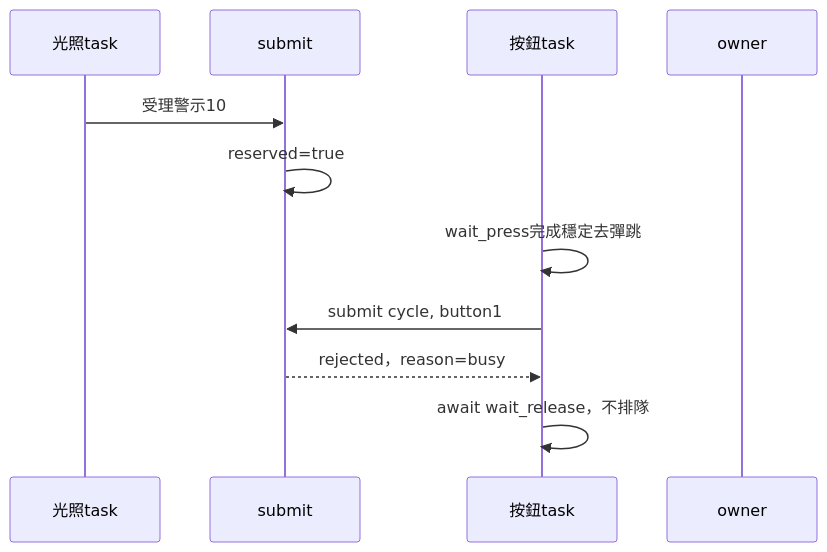
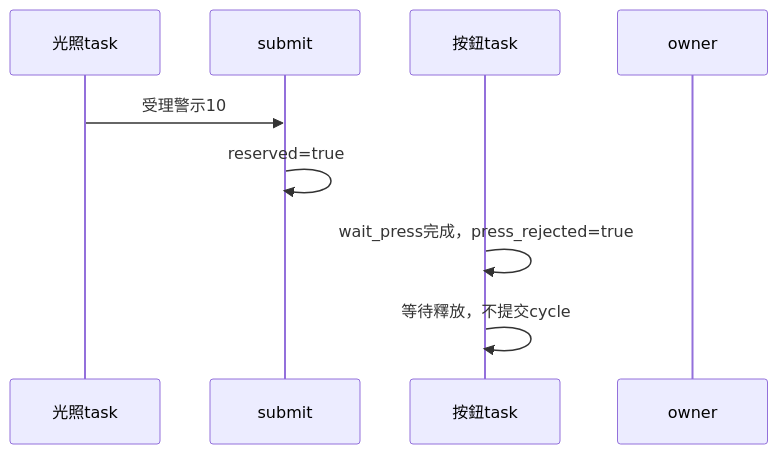
One commit to change918418-tech/IoT_Course changed the tenth of 21 diagrams in LED_SINGLE_OWNER_GUIDE.md. Above: the diagram before and after it, drawn with Mermaid. The commit also changed other lines of this file and 15 other files, not shown here.

````diff
--- a/LED_SINGLE_OWNER_GUIDE.md
+++ b/LED_SINGLE_OWNER_GUIDE.md
@@ -640,13 +642,11 @@
 ```mermaid
 sequenceDiagram
     participant Light as 光照task
     participant Entry as submit
     participant Button as 按鈕task
     participant Owner as owner
     Light->>Entry: 受理警示10
     Entry->>Entry: reserved=true
-    Button->>Button: wait_press完成穩定去彈跳
-    Button->>Entry: submit cycle, button1
-    Entry-->>Button: rejected，reason=busy
-    Button->>Button: await wait_release，不排隊
+    Button->>Button: wait_press完成，press_rejected=true
+    Button->>Button: 等待釋放，不提交cycle
 ```
````
